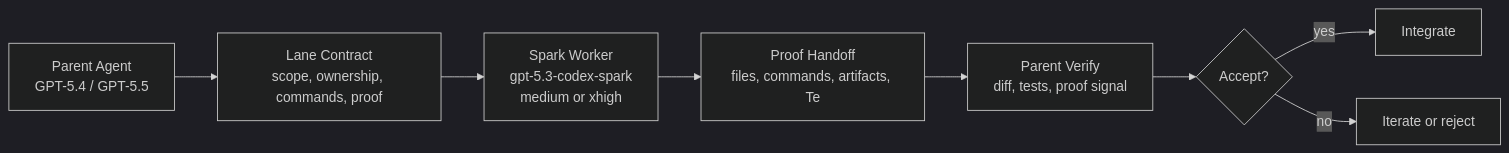
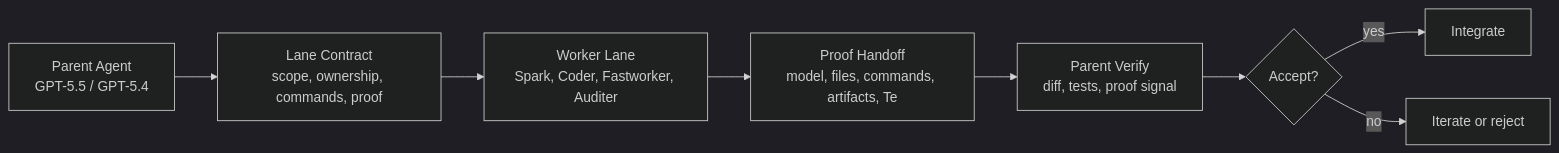
One commit to maxkle1nz/codex-fastlane changed the diagram in README.md. Above: the diagram before and after it, drawn with Mermaid (dark theme). The commit also changed other lines of this file and 11 other files, not shown here.

````diff
--- a/README.md
+++ b/README.md
@@ -25,10 +27,10 @@
 ```mermaid
 flowchart LR
-    A["Parent Agent<br/>GPT-5.4 / GPT-5.5"] --> B["Lane Contract<br/>scope, ownership, commands, proof"]
-    B --> C["Spark Worker<br/>gpt-5.3-codex-spark<br/>medium or xhigh"]
-    C --> D["Proof Handoff<br/>files, commands, artifacts, Te"]
+    A["Parent Agent<br/>GPT-5.5 / GPT-5.4"] --> B["Lane Contract<br/>scope, ownership, commands, proof"]
+    B --> C["Worker Lane<br/>Spark, Coder, Fastworker, Auditer"]
+    C --> D["Proof Handoff<br/>model, files, commands, artifacts, Te"]
     D --> E["Parent Verify<br/>diff, tests, proof signal"]
     E --> F{"Accept?"}
     F -->|yes| G["Integrate"]
     F -->|no| H["Iterate or reject"]
 ```
````
